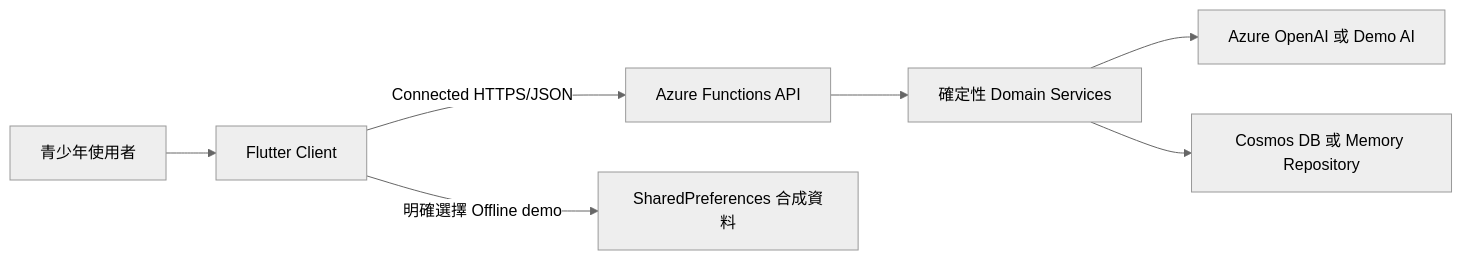
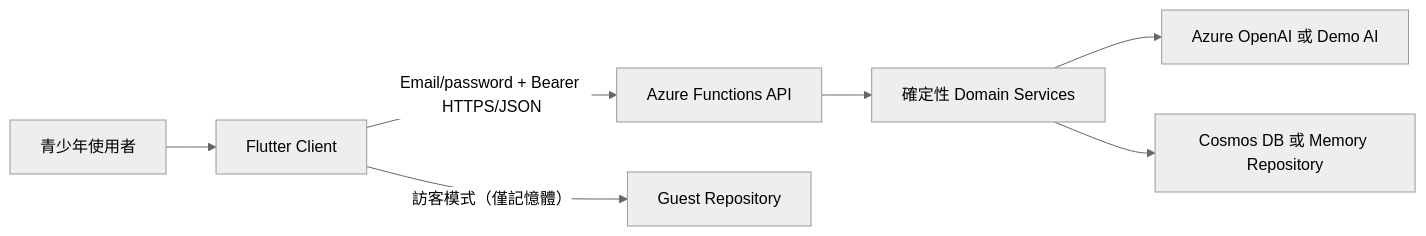
The diagram in README.md (Sutdents-Project-Hub/FutureMint_AI), drawn with Mermaid (neutral theme) before and after one commit. The commit also changed other lines of this file and 83 other files, not shown here.

````diff
--- a/README.md
+++ b/README.md
@@ -45,9 +46,9 @@
 ```mermaid
 flowchart LR
     U["青少年使用者"] --> C["Flutter Client"]
-    C -->|"Connected HTTPS/JSON"| F["Azure Functions API"]
-    C -->|"明確選擇 Offline demo"| L["SharedPreferences 合成資料"]
+    C -->|"Email/password + Bearer HTTPS/JSON"| F["Azure Functions API"]
+    C -->|"訪客模式（僅記憶體）"| L["Guest Repository"]
     F --> D["確定性 Domain Services"]
     D --> A["Azure OpenAI 或 Demo AI"]
     D --> R["Cosmos DB 或 Memory Repository"]
 ```
````
